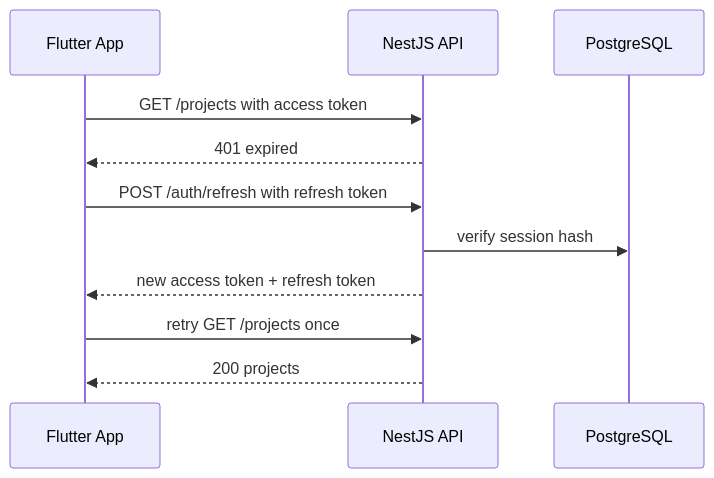
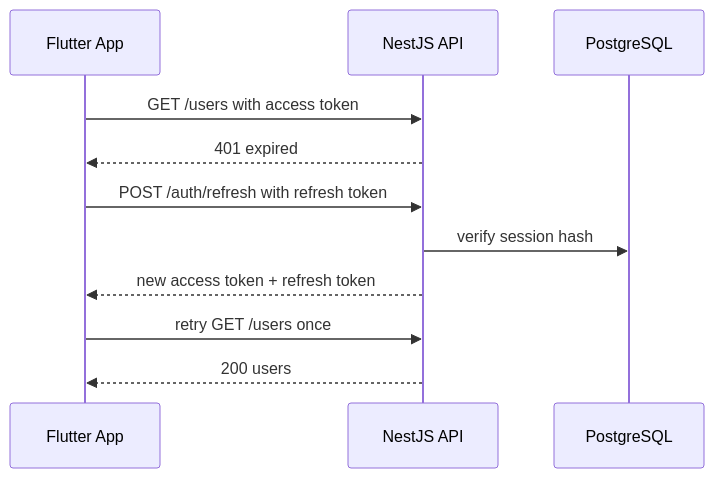
The second of 2 diagrams in docs/authentication.md (2tsoftwareapp/super-template), drawn with Mermaid before and after one commit. The commit also changed other lines of this file and 23 other files, not shown here.

````diff
--- a/docs/authentication.md
+++ b/docs/authentication.md
@@ -74,14 +74,14 @@
 ```mermaid
 sequenceDiagram
   participant App as Flutter App
   participant API as NestJS API
   participant DB as PostgreSQL
 
-  App->>API: GET /projects with access token
+  App->>API: GET /users with access token
   API-->>App: 401 expired
   App->>API: POST /auth/refresh with refresh token
   API->>DB: verify session hash
   API-->>App: new access token + refresh token
-  App->>API: retry GET /projects once
-  API-->>App: 200 projects
+  App->>API: retry GET /users once
+  API-->>App: 200 users
 ```
````
